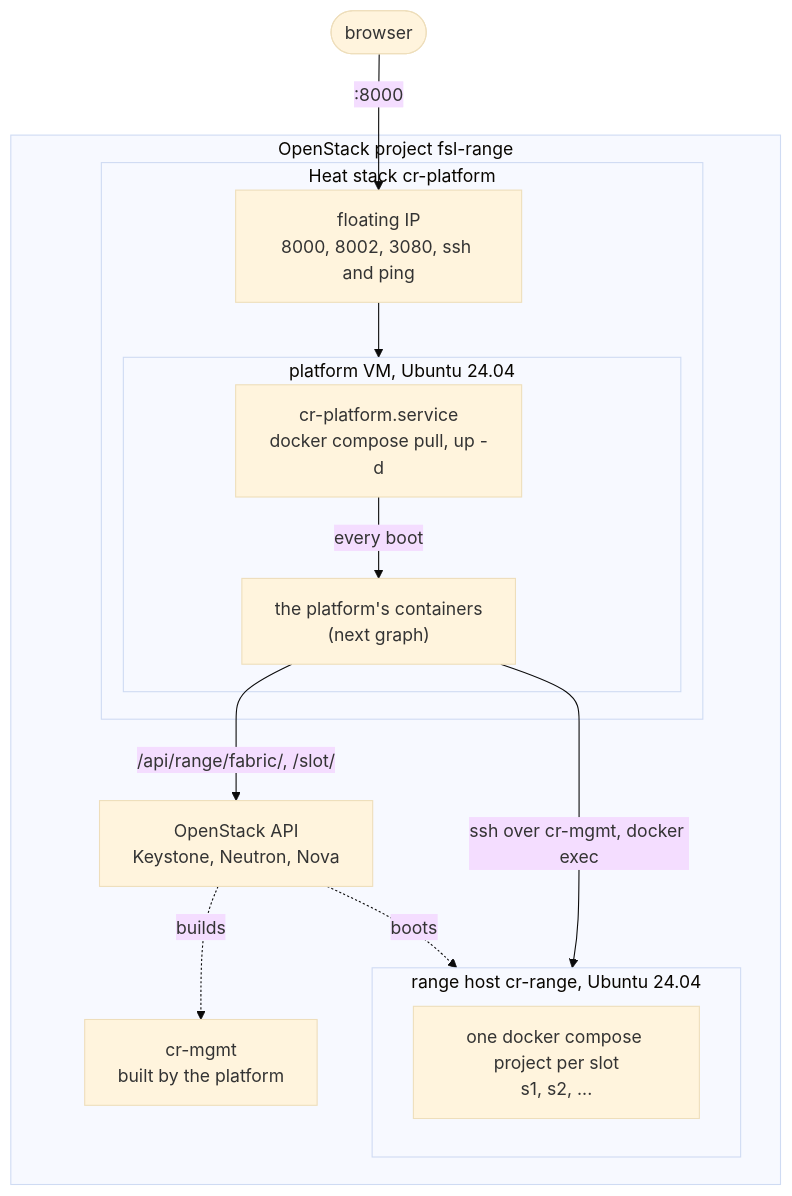
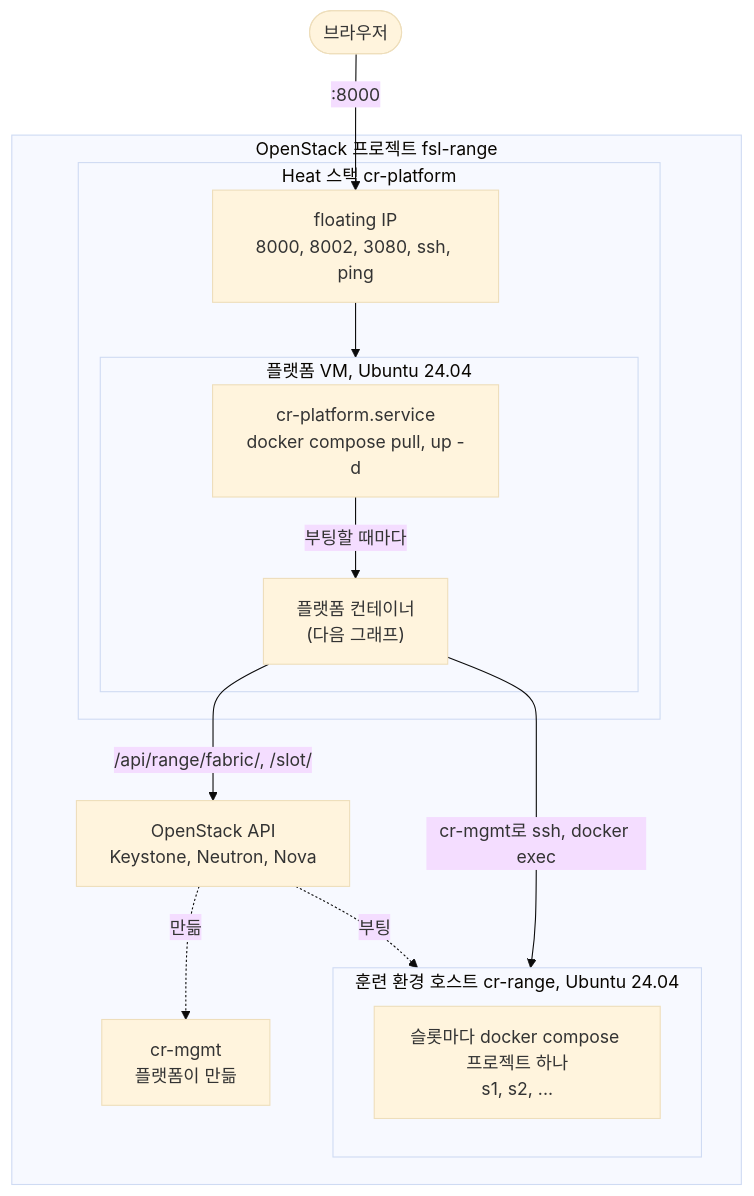
Before and after one commit to Nekonic/fsl-project-mvp: the first of 2 diagrams in README.md, drawn with Mermaid (base theme). The commit also changed other lines of this file and 7 other files, not shown here.

Commit message:
docs: README and ARCHITECTURE are Korean only

````diff
--- a/README.md
+++ b/README.md
@@ -254,27 +242,27 @@
 ```mermaid
 flowchart TB
-  person(["browser"])
+  person(["브라우저"])
 
-  subgraph cloud["OpenStack project fsl-range"]
+  subgraph cloud["OpenStack 프로젝트 fsl-range"]
     api["OpenStack API<br/>Keystone, Neutron, Nova"]
-    subgraph heat["Heat stack cr-platform"]
-      fip["floating IP<br/>8000, 8002, 3080, ssh and ping"]
-      subgraph vm["platform VM, Ubuntu 24.04"]
+    subgraph heat["Heat 스택 cr-platform"]
+      fip["floating IP<br/>8000, 8002, 3080, ssh, ping"]
+      subgraph vm["플랫폼 VM, Ubuntu 24.04"]
         unit["cr-platform.service<br/>docker compose pull, up -d"]
-        stack["the platform's containers<br/>(next graph)"]
+        stack["플랫폼 컨테이너<br/>(다음 그래프)"]
       end
     end
-    mgmt["cr-mgmt<br/>built by the platform"]
-    subgraph rangevm["range host cr-range, Ubuntu 24.04"]
-      slots["one docker compose project per slot<br/>s1, s2, ..."]
+    mgmt["cr-mgmt<br/>플랫폼이 만듦"]
+    subgraph rangevm["훈련 환경 호스트 cr-range, Ubuntu 24.04"]
+      slots["슬롯마다 docker compose 프로젝트 하나<br/>s1, s2, ..."]
     end
   end
 
   person -->|":8000"| fip
   fip --> vm
-  unit -->|"every boot"| stack
+  unit -->|"부팅할 때마다"| stack
   stack -->|"/api/range/fabric/, /slot/"| api
-  api -.->|builds| mgmt
-  api -.->|boots| rangevm
-  stack -->|"ssh over cr-mgmt, docker exec"| rangevm
+  api -.->|만듦| mgmt
+  api -.->|부팅| rangevm
+  stack -->|"cr-mgmt로 ssh, docker exec"| rangevm
 ```
````
